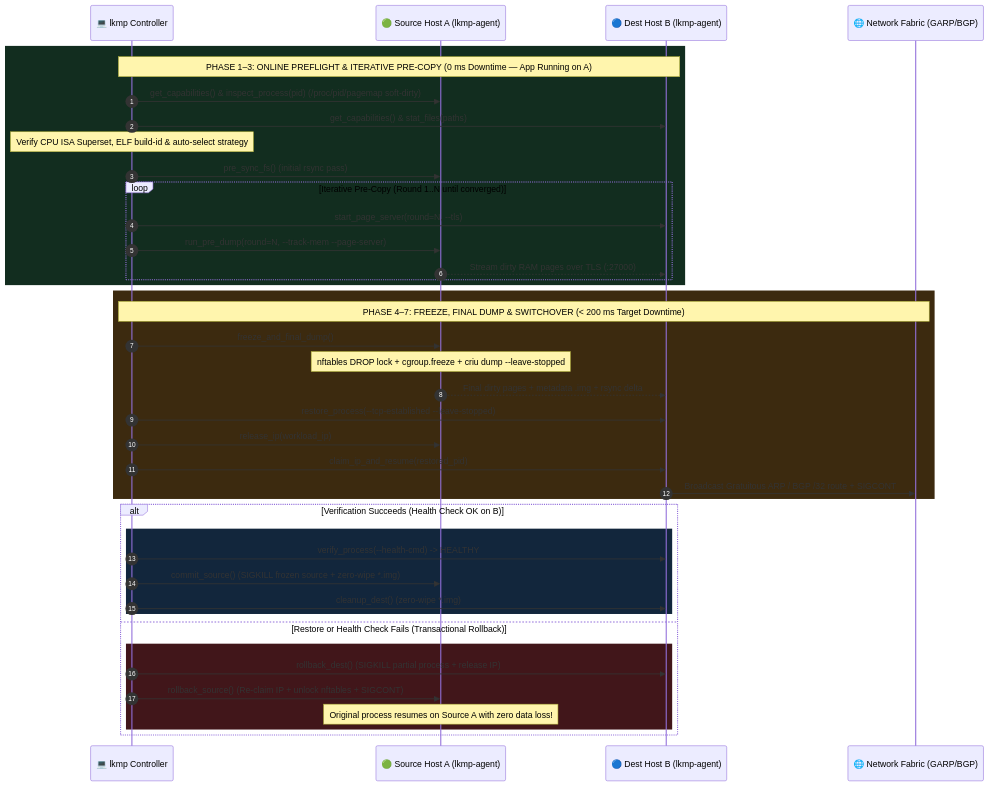
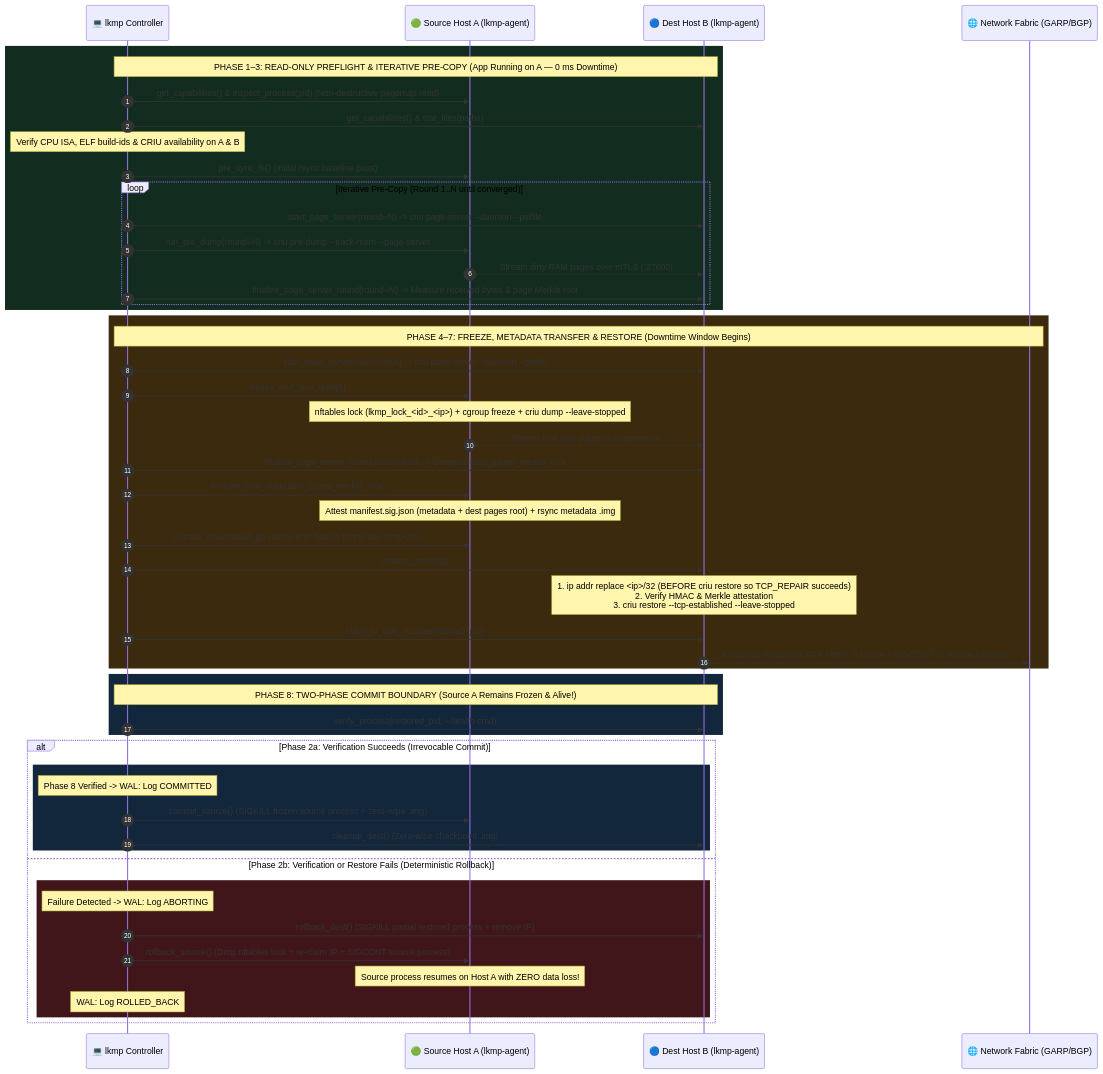
One commit to xsub/LKMP changed the first of 3 diagrams in README.md. Above: the diagram before and after it, drawn with Mermaid. The commit also changed other lines of this file and 29 other files, not shown here.

Commit message:
feat: add 4-state portability assessment, mandatory WAL recovery, gang barrier, frozen volume snapshot, CoW fast path, and real CRIU 4.2.1 Linux 7.0 E2E suite

````diff
--- a/README.md
+++ b/README.md
@@ -48,46 +95,59 @@
 ```mermaid
 sequenceDiagram
     autonumber
     participant CLI as 💻 lkmp Controller
     participant A as 🟢 Source Host A (lkmp-agent)
     participant B as 🔵 Dest Host B (lkmp-agent)
     participant NET as 🌐 Network Fabric (GARP/BGP)
 
     rect rgb(18, 45, 31)
-    Note over CLI,B: PHASE 1–3: ONLINE PREFLIGHT & ITERATIVE PRE-COPY (0 ms Downtime — App Running on A)
-    CLI->>A: get_capabilities() & inspect_process(pid) (/proc/pid/pagemap soft-dirty)
+    Note over CLI,B: PHASE 1–3: READ-ONLY PREFLIGHT & ITERATIVE PRE-COPY (App Running on A — 0 ms Downtime)
+    CLI->>A: get_capabilities() & inspect_process(pid) (Non-destructive pagemap read)
     CLI->>B: get_capabilities() & stat_files(paths)
-    Note over CLI: Verify CPU ISA Superset, ELF build-id & auto-select strategy
-    CLI->>A: pre_sync_fs() (initial rsync pass)
+    Note over CLI: Verify CPU ISA, ELF build-ids & CRIU availability on A & B
+    CLI->>A: pre_sync_fs() (Initial rsync baseline pass)
     loop Iterative Pre-Copy (Round 1..N until converged)
-        CLI->>B: start_page_server(round=N, --tls)
-        CLI->>A: run_pre_dump(round=N, --track-mem --page-server)
-        A-->>B: Stream dirty RAM pages over TLS (:27000)
+        CLI->>B: start_page_server(round=N) -> criu page-server --daemon --pidfile
+        CLI->>A: run_pre_dump(round=N) -> criu pre-dump --track-mem --page-server
+        A-->>B: Stream dirty RAM pages over mTLS (:27000)
+        CLI->>B: finalize_page_server_round(round=N) -> Measure received bytes & page Merkle root
     end
     end
 
     rect rgb(60, 42, 15)
-    Note over CLI,NET: PHASE 4–7: FREEZE, FINAL DUMP & SWITCHOVER (< 200 ms Target Downtime)
+    Note over CLI,NET: PHASE 4–7: FREEZE, METADATA TRANSFER & RESTORE (Downtime Window Begins)
+    CLI->>B: start_page_server(round=final) -> criu page-server --daemon --pidfile
     CLI->>A: freeze_and_final_dump()
-    Note over A: nftables DROP lock + cgroup.freeze + criu dump --leave-stopped
-    A-->>B: Final dirty pages + metadata .img + rsync delta
-    CLI->>B: restore_process(--tcp-established --leave-stopped)
-    CLI->>A: release_ip(workload_ip)
+    Note over A: nftables lock (lkmp_lock_<id>_<ip>) + cgroup freeze + criu dump --leave-stopped
+    A-->>B: Stream final dirty pages to page-server
+    CLI->>B: finalize_page_server_round(round=final) -> Compute dest_pages_merkle_root
+    CLI->>A: transfer_final_state(dest_pages_merkle_root)
+    Note over A: Attest manifest.sig.json (metadata + dest pages root) + rsync metadata .img
+    CLI->>A: release_ip(workload_ip) (Setup IPIP hairpin tunnel dev lkmp<id>)
+    CLI->>B: restore_process()
+    Note over B: 1. ip addr replace <ip>/32 (BEFORE criu restore so TCP_REPAIR succeeds)<br/>2. Verify HMAC & Merkle attestation<br/>3. criu restore --tcp-established --leave-stopped
     CLI->>B: claim_ip_and_resume(restored_pid)
-    B->>NET: Broadcast Gratuitous ARP / BGP /32 route + SIGCONT
+    B->>NET: Broadcast Gratuitous ARP / BGP /32 route + SIGCONT to restored process
     end
 
-    alt Verification Succeeds (Health Check OK on B)
+    rect rgb(18, 38, 60)
+    Note over CLI,B: PHASE 8: TWO-PHASE COMMIT BOUNDARY (Source A Remains Frozen & Alive!)
+    CLI->>B: verify_process(restored_pid, --health-cmd)
+    end
+
+    alt Phase 2a: Verification Succeeds (Irrevocable Commit)
         rect rgb(18, 38, 60)
-        CLI->>B: verify_process(--health-cmd) -> HEALTHY
-        CLI->>A: commit_source() (SIGKILL frozen source + zero-wipe *.img)
-        CLI->>B: cleanup_dest() (zero-wipe *.img)
+        Note over CLI: Phase 8 Verified -> WAL: Log COMMITTED
+        CLI->>A: commit_source() (SIGKILL frozen source process + zero-wipe .img)
+        CLI->>B: cleanup_dest() (Zero-wipe checkpoint .img)
         end
-    else Restore or Health Check Fails (Transactional Rollback)
+    else Phase 2b: Verification or Restore Fails (Deterministic Rollback)
         rect rgb(65, 22, 26)
-        CLI->>B: rollback_dest() (SIGKILL partial process + release IP)
-        CLI->>A: rollback_source() (Re-claim IP + unlock nftables + SIGCONT)
-        Note over A: Original process resumes on Source A with zero data loss!
+        Note over CLI: Failure Detected -> WAL: Log ABORTING
+        CLI->>B: rollback_dest() (SIGKILL partial restored process + remove IP)
+        CLI->>A: rollback_source() (Drop nftables lock + re-claim IP + SIGCONT source process)
+        Note over A: Source process resumes on Host A with ZERO data loss!
+        Note over CLI: WAL: Log ROLLED_BACK
         end
     end
 ```
````
